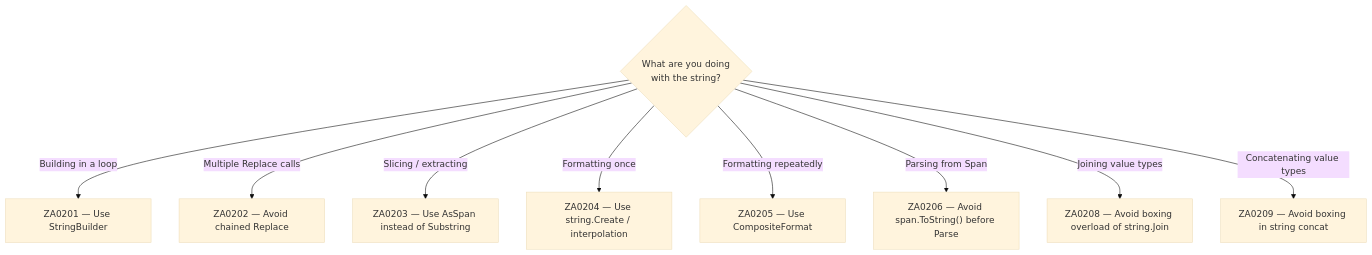
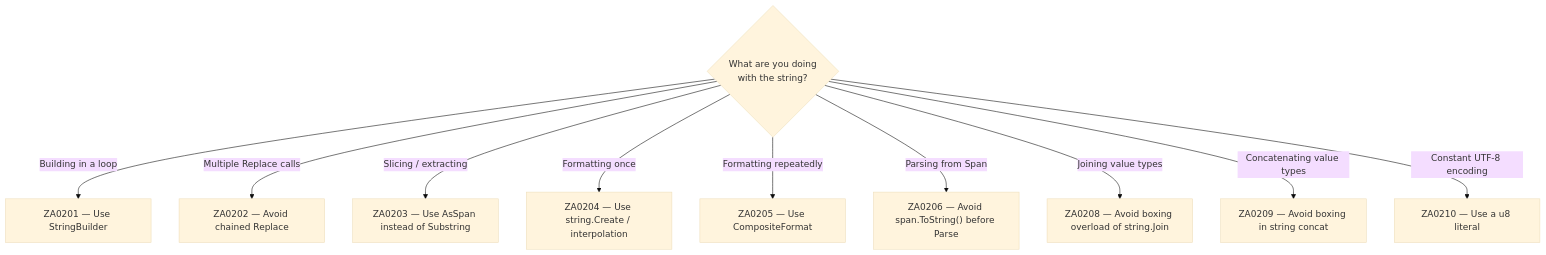
Before and after one commit to ZeroAlloc-Net/ZeroAlloc.Analyzers: the diagram in docs/rules/strings.md, drawn with Mermaid (base theme). The commit also changed other lines of this file and 7 other files, not shown here.

First line of the commit message:
feat: add ZA0210 to replace constant UTF-8 encoding with u8 literals

````diff
--- a/docs/rules/strings.md
+++ b/docs/rules/strings.md
@@ -13,12 +13,13 @@
 ```mermaid
 flowchart TD
     Op{What are you doing\nwith the string?}
     Op -->|Building in a loop| SB["ZA0201 — Use StringBuilder"]
     Op -->|Multiple Replace calls| RC["ZA0202 — Avoid chained Replace"]
     Op -->|Slicing / extracting| Sp["ZA0203 — Use AsSpan instead of Substring"]
     Op -->|Formatting once| SC["ZA0204 — Use string.Create / interpolation"]
     Op -->|Formatting repeatedly| CF["ZA0205 — Use CompositeFormat"]
     Op -->|Parsing from Span| PA["ZA0206 — Avoid span.ToString() before Parse"]
     Op -->|Joining value types| JB["ZA0208 — Avoid boxing overload of string.Join"]
     Op -->|Concatenating value types| VB["ZA0209 — Avoid boxing in string concat"]
+    Op -->|Constant UTF-8 encoding| U8["ZA0210 — Use a u8 literal"]
 ```
````
